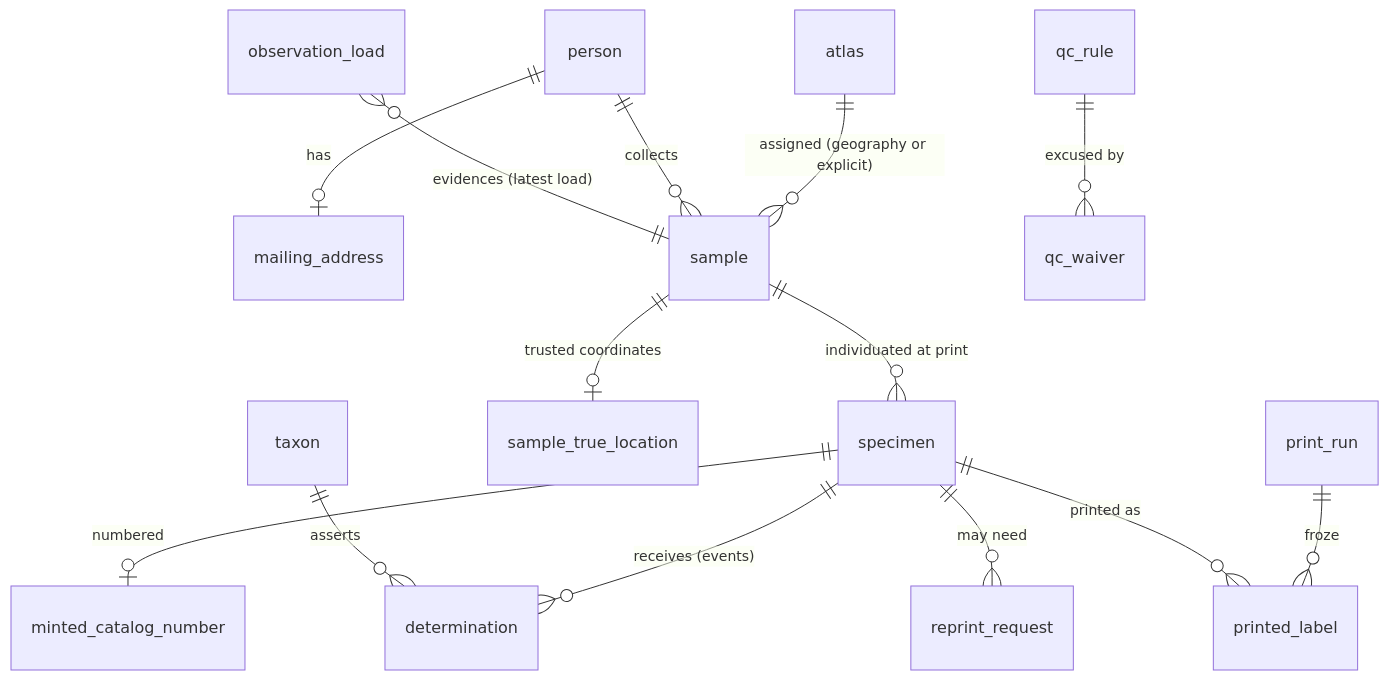
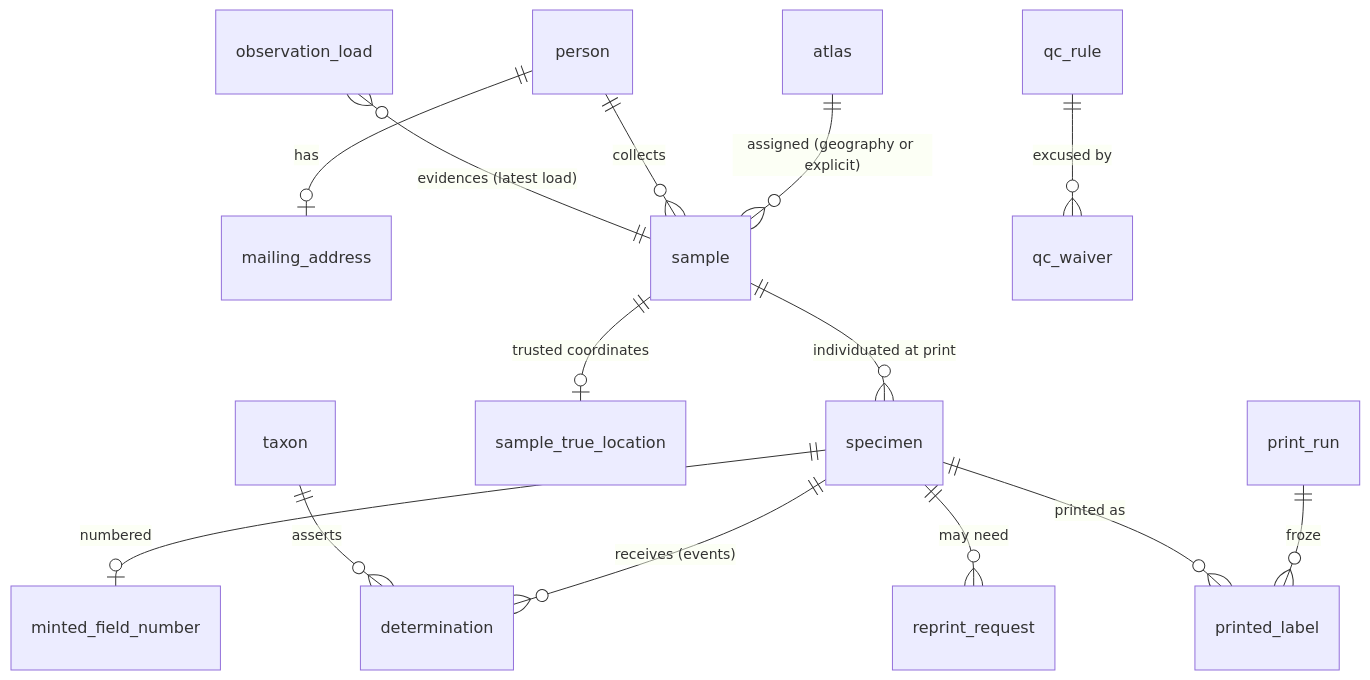
The diagram in docs/schema-sketch.md (rainhead/beeline), drawn with Mermaid before and after one commit. The commit also changed other lines of this file and 18 other files, not shown here.

````diff
--- a/docs/schema-sketch.md
+++ b/docs/schema-sketch.md
@@ -15,16 +15,16 @@
 ```mermaid
 erDiagram
     person ||--o| mailing_address : "has"
     atlas ||--o{ sample : "assigned (geography or explicit)"
     person ||--o{ sample : "collects"
     sample ||--o{ specimen : "individuated at print"
     sample ||--o| sample_true_location : "trusted coordinates"
     observation_load }o--|| sample : "evidences (latest load)"
     specimen ||--o{ determination : "receives (events)"
     taxon ||--o{ determination : "asserts"
-    specimen ||--o| minted_catalog_number : "numbered"
+    specimen ||--o| minted_field_number : "numbered"
     print_run ||--o{ printed_label : "froze"
     specimen ||--o{ printed_label : "printed as"
     specimen ||--o{ reprint_request : "may need"
     qc_rule ||--o{ qc_waiver : "excused by"
 ```
````
